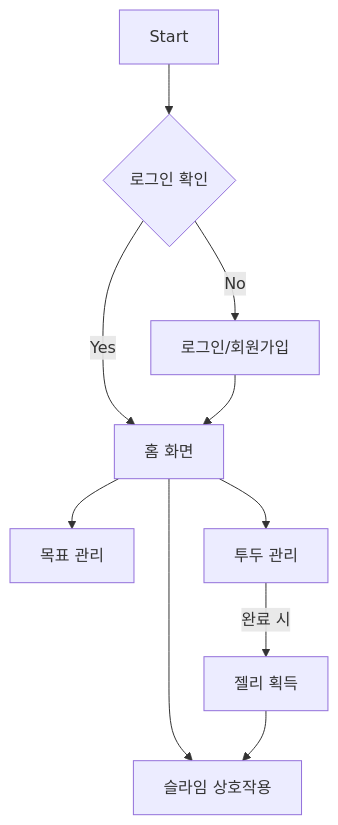
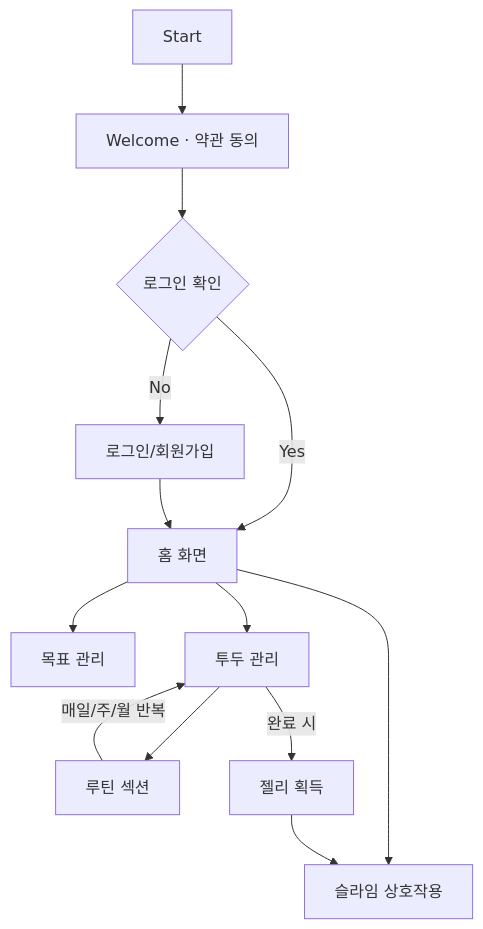
The diagram in README.md (sjin4861/ToonDo), drawn with Mermaid before and after one commit. The commit also changed other lines of this file and 1 other file, not shown here.

Commit message:
docs: refresh root README with routine/ad/welcome features
- Add Key Features entries for recurring todos, ad banner, and welcome
  terms consent
- Extend App Flow diagram with welcome consent and routine section
- Drop outdated toondo/README.md (info consolidated into root)

````diff
--- a/README.md
+++ b/README.md
@@ -156,12 +159,15 @@
 ```mermaid
 flowchart TD
-    Start[Start] --> CheckAuth{로그인 확인}
+    Start[Start] --> Welcome[Welcome · 약관 동의]
+    Welcome --> CheckAuth{로그인 확인}
     CheckAuth -- Yes --> HomeScreen[홈 화면]
     CheckAuth -- No --> AuthScreen[로그인/회원가입]
     AuthScreen --> HomeScreen
     HomeScreen --> GoalScreen[목표 관리]
     HomeScreen --> TodoScreen[투두 관리]
     HomeScreen --> SlimeScreen[슬라임 상호작용]
+    TodoScreen --> RoutineSection[루틴 섹션]
+    RoutineSection -->|매일/주/월 반복| TodoScreen
     TodoScreen -->|완료 시| Jelly[젤리 획득]
     Jelly --> SlimeScreen
 ```
````
